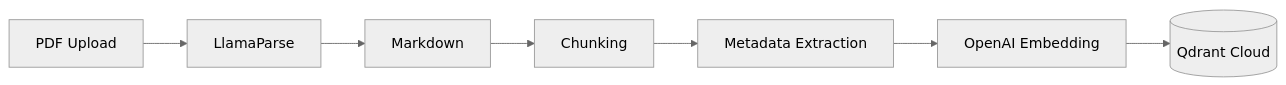
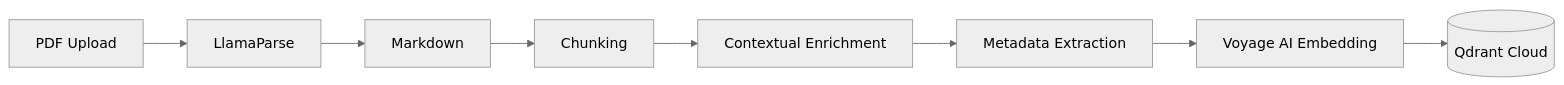
The first of 2 diagrams in docs/ai-engine/architecture.md (truongvinhkhuong/tdh-tte), drawn with Mermaid (neutral theme) before and after one commit. The commit also changed other lines of this file and 4 other files, not shown here.

Commit message:
update documentation contextual enrichment+ querry pipeline

````diff
--- a/docs/ai-engine/architecture.md
+++ b/docs/ai-engine/architecture.md
@@ -114,9 +136,10 @@
 ```mermaid
 flowchart LR
     A[PDF Upload] --> B[LlamaParse]
     B --> C[Markdown]
     C --> D[Chunking]
-    D --> E[Metadata Extraction]
-    E --> F[OpenAI Embedding]
-    F --> G[(Qdrant Cloud)]
+    D --> E[Contextual Enrichment]
+    E --> F[Metadata Extraction]
+    F --> G[Voyage AI Embedding]
+    G --> H[(Qdrant Cloud)]
 ```
````
